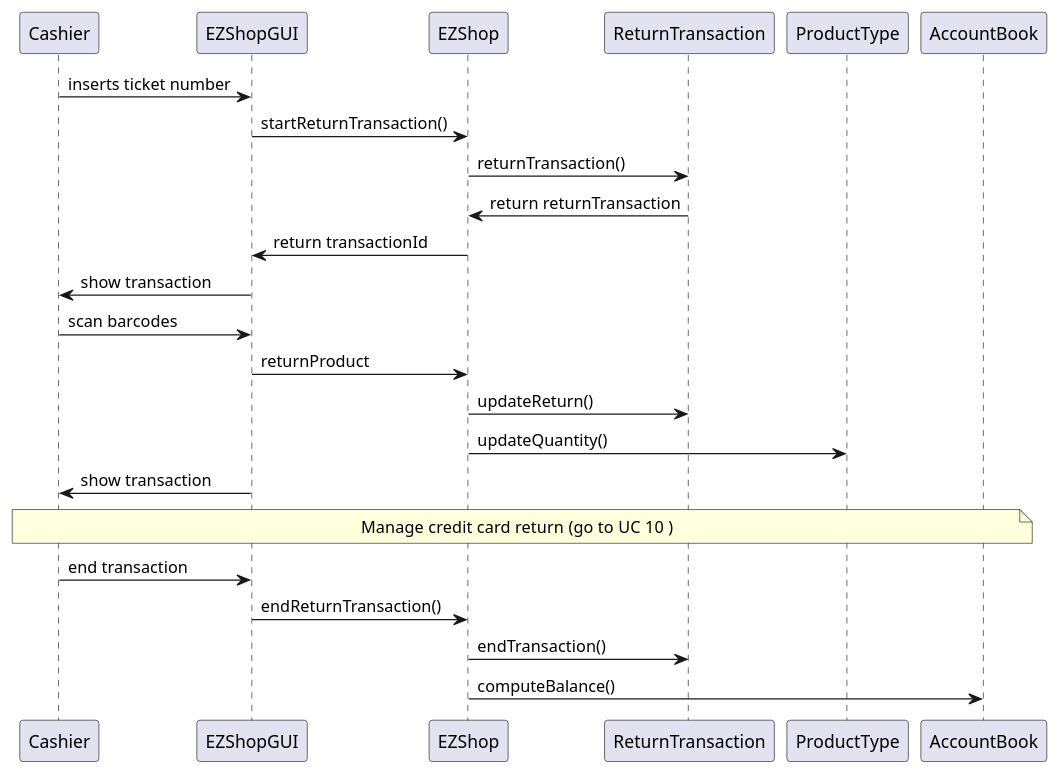
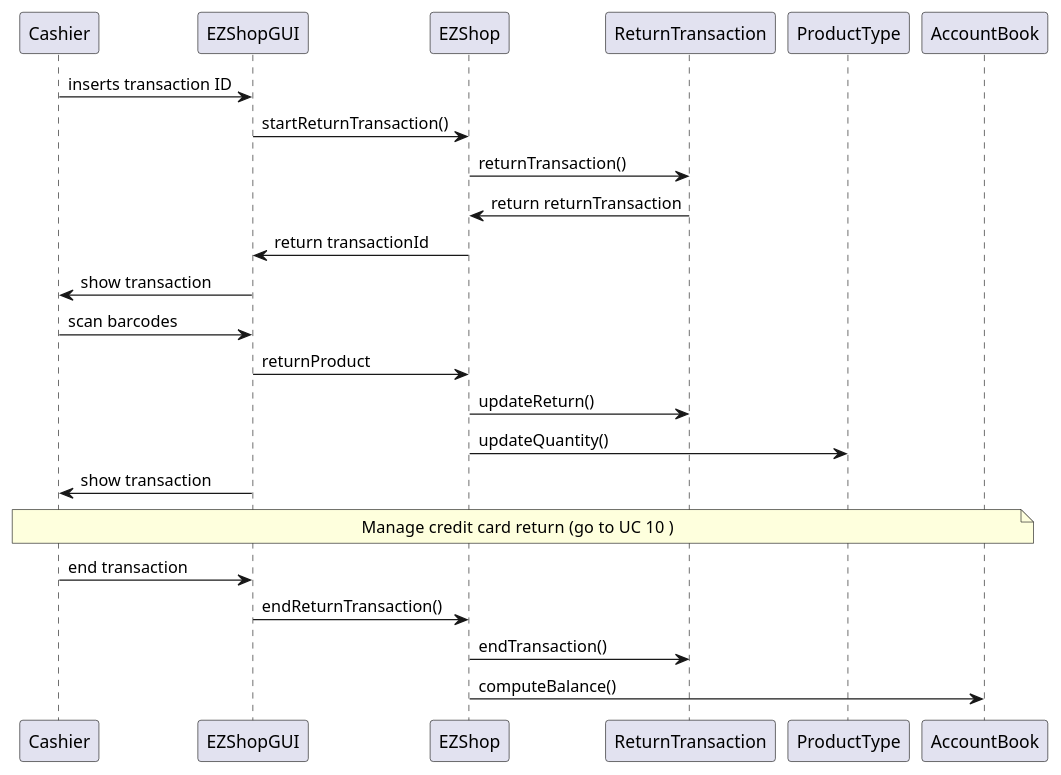
One commit to polito-se2-21-r03/se1-ezshop changed diagram 11 of 13 in Deliverables/DesignDocument.md. Above: the diagram before and after it, drawn with PlantUML. The commit also changed other lines of this file, not shown here.

Commit message:
sequence diagram 8.2 has been changed

````diff
--- a/Deliverables/DesignDocument.md
+++ b/Deliverables/DesignDocument.md
@@ -467,26 +467,26 @@
 ```plantuml
 
-Cashier -> EZShopGUI: inserts ticket number
+Cashier -> EZShopGUI: inserts transaction ID
 EZShopGUI -> EZShop: startReturnTransaction()
 EZShop -> ReturnTransaction: returnTransaction()
 ReturnTransaction -> EZShop: return returnTransaction
 EZShop -> EZShopGUI: return transactionId
 EZShopGUI -> Cashier : show transaction
 Cashier -> EZShopGUI: scan barcodes
 EZShopGUI -> EZShop: returnProduct
 EZShop -> ReturnTransaction: updateReturn()
 EZShop -> ProductType: updateQuantity()
 EZShopGUI -> Cashier: show transaction
 
 note over Cashier, AccountBook
 Manage credit card return  (go to UC 10 )
 end note
 
 Cashier -> EZShopGUI: end transaction
 EZShopGUI -> EZShop: endReturnTransaction()
 EZShop -> ReturnTransaction: endTransaction()
 EZShop -> AccountBook: computeBalance()
 
 
 
 ```
````
